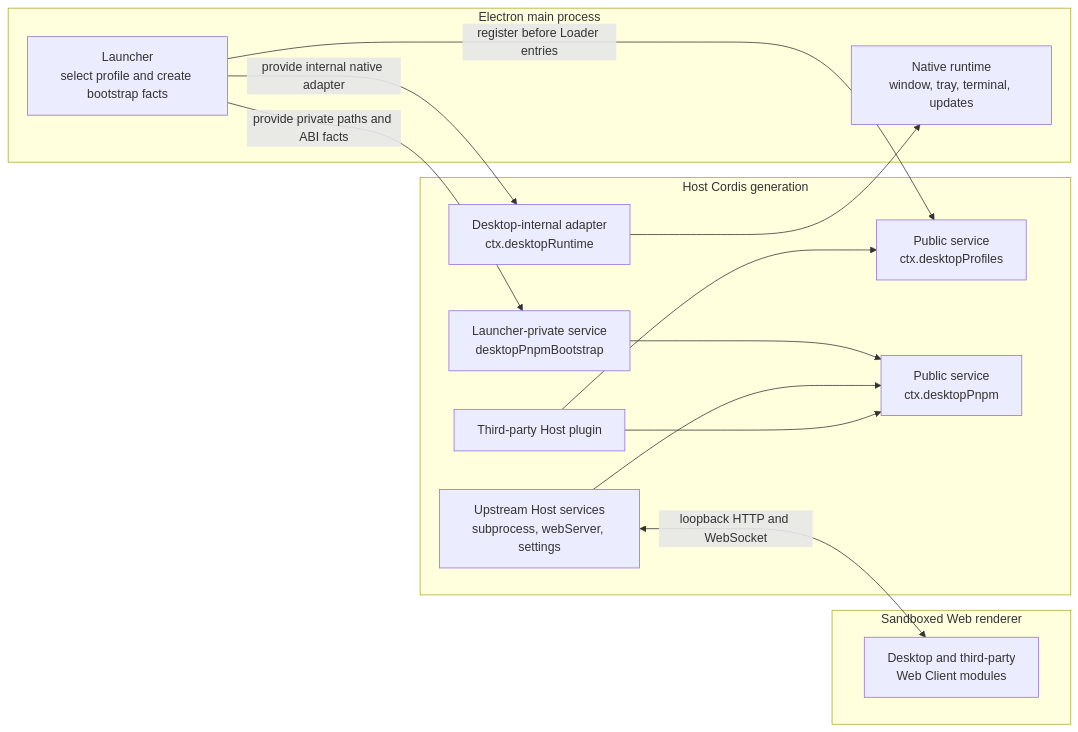
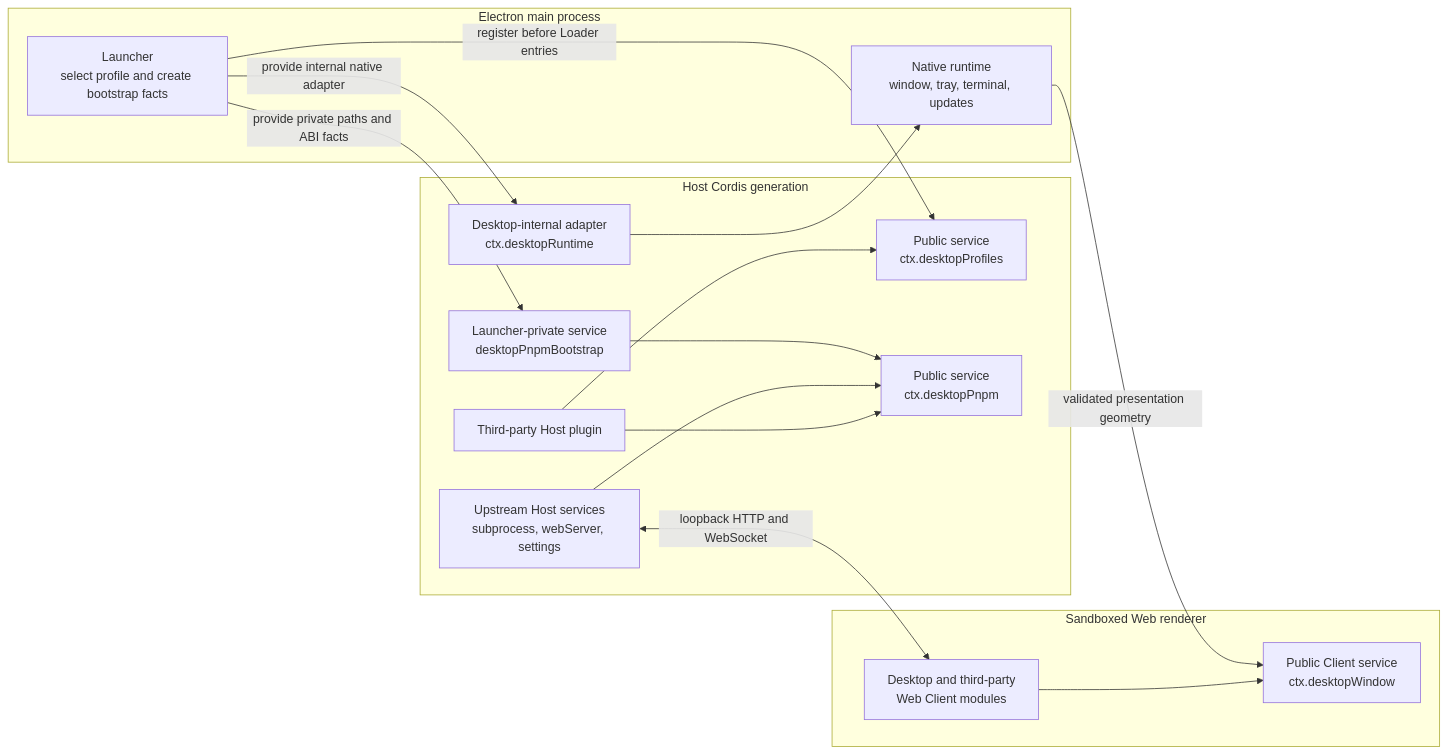
The diagram in dsh-plugin-desktop/docs/plugin-services.md (976905690/deepseek-harness-desktop), drawn with Mermaid before and after one commit. The commit also changed other lines of this file and 25 other files, not shown here.

Commit message:
fix(desktop): preserve macOS window state and expose chrome geometry

````diff
--- a/dsh-plugin-desktop/docs/plugin-services.md
+++ b/dsh-plugin-desktop/docs/plugin-services.md
@@ -9,30 +9,33 @@
 ```mermaid
 flowchart LR
   subgraph Electron["Electron main process"]
     Launcher["Launcher<br/>select profile and create bootstrap facts"]
     Native["Native runtime<br/>window, tray, terminal, updates"]
   end
 
   subgraph Host["Host Cordis generation"]
     Profiles["Public service<br/>ctx.desktopProfiles"]
     Bootstrap["Launcher-private service<br/>desktopPnpmBootstrap"]
     Pnpm["Public service<br/>ctx.desktopPnpm"]
     Runtime["Desktop-internal adapter<br/>ctx.desktopRuntime"]
     Upstream["Upstream Host services<br/>subprocess, webServer, settings"]
     Plugin["Third-party Host plugin"]
   end
 
   subgraph Renderer["Sandboxed Web renderer"]
     Client["Desktop and third-party<br/>Web Client modules"]
+    Window["Public Client service<br/>ctx.desktopWindow"]
   end
 
   Launcher -->|"register before Loader entries"| Profiles
   Launcher -->|"provide private paths and ABI facts"| Bootstrap
   Launcher -->|"provide internal native adapter"| Runtime
   Bootstrap --> Pnpm
   Upstream --> Pnpm
   Runtime --> Native
+  Native -->|"validated presentation geometry"| Window
   Plugin --> Profiles
   Plugin --> Pnpm
   Upstream <-->|"loopback HTTP and WebSocket"| Client
+  Client --> Window
 ```
````
